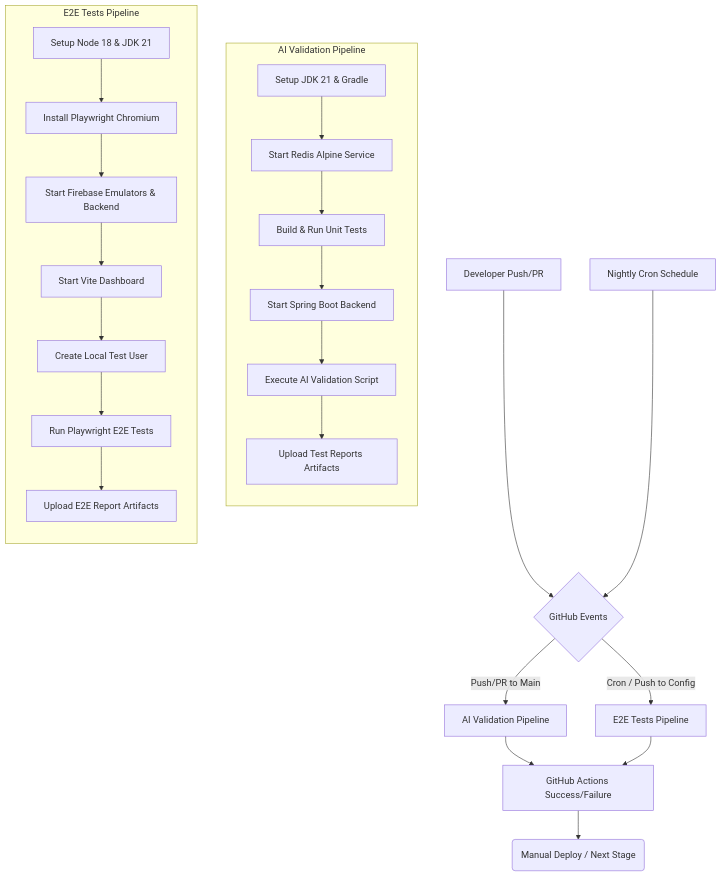
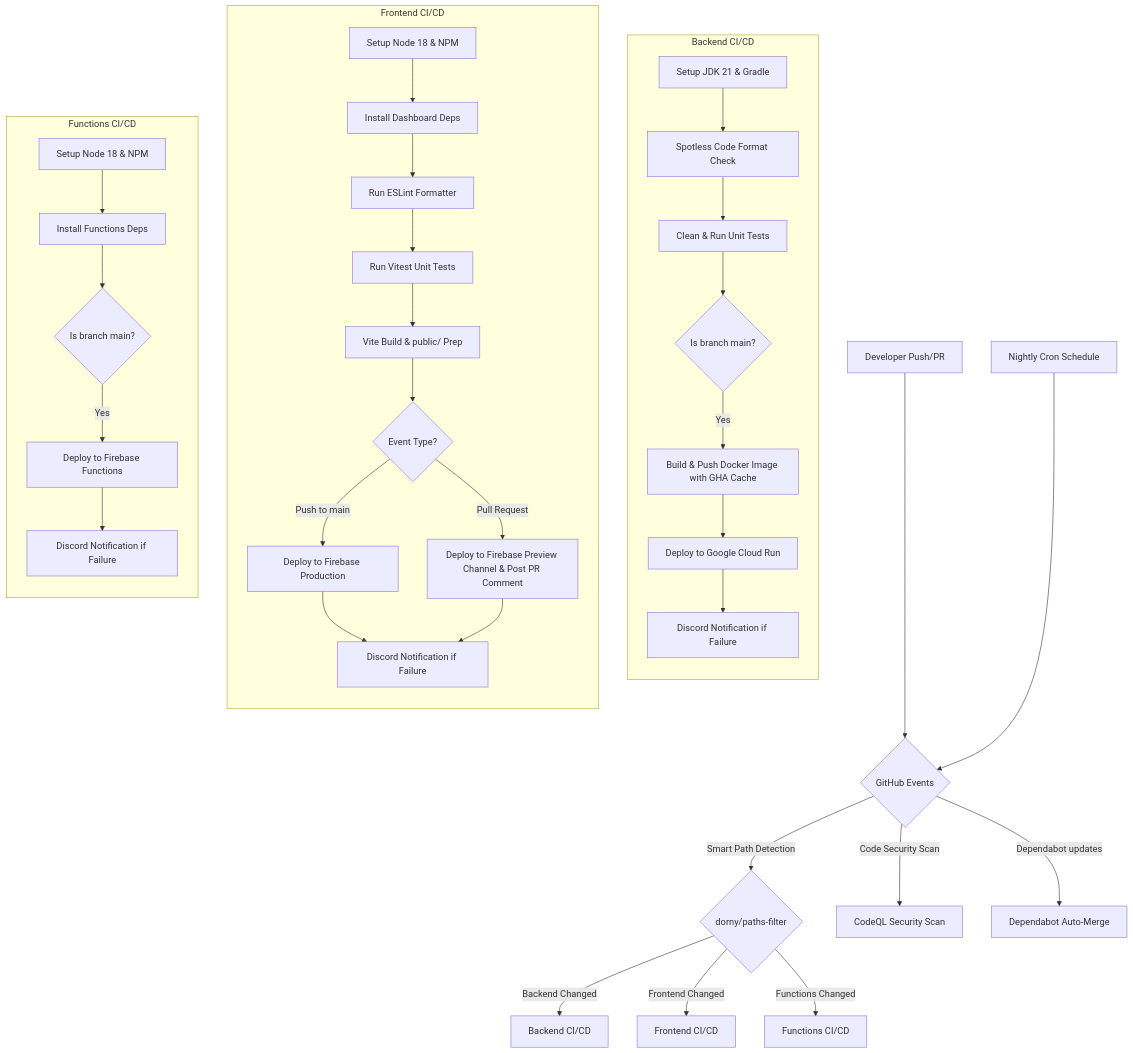
One commit to paykaribazaronline/supremeai changed the diagram in docs/01_Architecture/GITHUB_ARCHITECTURE.md. Above: the diagram before and after it, drawn with Mermaid. The commit also changed other lines of this file and 5 other files, not shown here.

Commit message:
feat: implement smart CI/CD pipeline, security scan, auto-merge, and documentation

````diff
--- a/docs/01_Architecture/GITHUB_ARCHITECTURE.md
+++ b/docs/01_Architecture/GITHUB_ARCHITECTURE.md
@@ -9,31 +9,44 @@
 ```mermaid
 flowchart TD
     Developer[Developer Push/PR] --> Trigger{GitHub Events}
     Cron[Nightly Cron Schedule] --> Trigger
     
-    Trigger -->|Push/PR to Main| PipelineA[AI Validation Pipeline]
-    Trigger -->|Cron / Push to Config| PipelineB[E2E Tests Pipeline]
+    Trigger -->|Smart Path Detection| Filter{dorny/paths-filter}
     
-    subgraph AI Validation Pipeline
+    Filter -->|Backend Changed| PipelineA[Backend CI/CD]
+    Filter -->|Frontend Changed| PipelineB[Frontend CI/CD]
+    Filter -->|Functions Changed| PipelineC[Functions CI/CD]
+    Trigger -->|Code Security Scan| CodeQL[CodeQL Security Scan]
+    Trigger -->|Dependabot updates| DepMerge[Dependabot Auto-Merge]
+    
+    subgraph Backend CI/CD
         direction TB
-        A1[Setup JDK 21 & Gradle] --> A2[Start Redis Alpine Service]
-        A2 --> A3[Build & Run Unit Tests]
-        A3 --> A4[Start Spring Boot Backend]
-        A4 --> A5[Execute AI Validation Script]
-        A5 --> A6[Upload Test Reports Artifacts]
+        A1[Setup JDK 21 & Gradle] --> A2[Spotless Code Format Check]
+        A2 --> A3[Clean & Run Unit Tests]
+        A3 --> A4{Is branch main?}
+        A4 -->|Yes| A5[Build & Push Docker Image with GHA Cache]
+        A5 --> A6[Deploy to Google Cloud Run]
+        A6 --> A7[Discord Notification if Failure]
     end
     
-    subgraph E2E Tests Pipeline
+    subgraph Frontend CI/CD
         direction TB
-        B1[Setup Node 18 & JDK 21] --> B2[Install Playwright Chromium]
-        B2 --> B3[Start Firebase Emulators & Backend]
-        B3 --> B4[Start Vite Dashboard]
-        B4 --> B5[Create Local Test User]
-        B5 --> B6[Run Playwright E2E Tests]
-        B6 --> B7[Upload E2E Report Artifacts]
+        B1[Setup Node 18 & NPM] --> B2[Install Dashboard Deps]
+        B2 --> B3[Run ESLint Formatter]
+        B3 --> B4[Run Vitest Unit Tests]
+        B4 --> B5[Vite Build & public/ Prep]
+        B5 --> B6{Event Type?}
+        B6 -->|Push to main| B7[Deploy to Firebase Production]
+        B6 -->|Pull Request| B8[Deploy to Firebase Preview Channel & Post PR Comment]
+        B7 --> B9[Discord Notification if Failure]
+        B8 --> B9
     end
-    
-    PipelineA --> Result[GitHub Actions Success/Failure]
-    PipelineB --> Result
-    Result --> Deploy(Manual Deploy / Next Stage)
+
+    subgraph Functions CI/CD
+        direction TB
+        C1[Setup Node 18 & NPM] --> C2[Install Functions Deps]
+        C2 --> C3{Is branch main?}
+        C3 -->|Yes| C4[Deploy to Firebase Functions]
+        C4 --> C5[Discord Notification if Failure]
+    end
 ```
````
